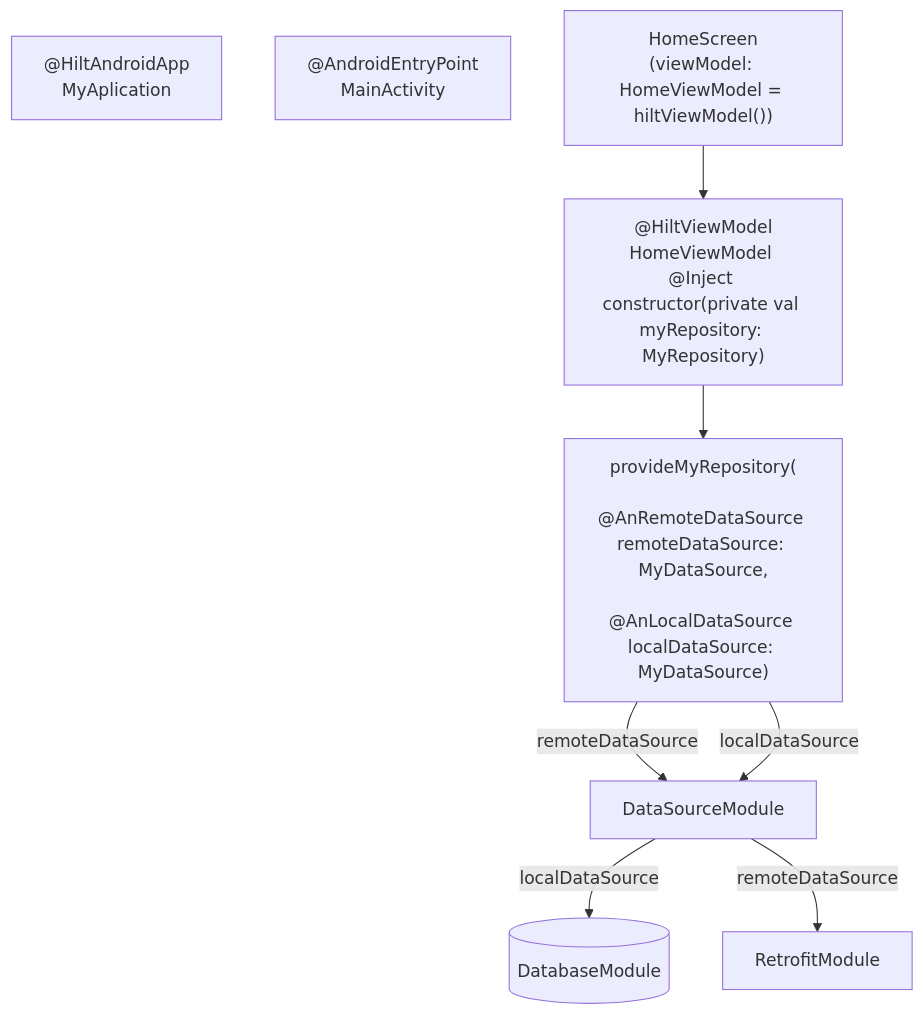
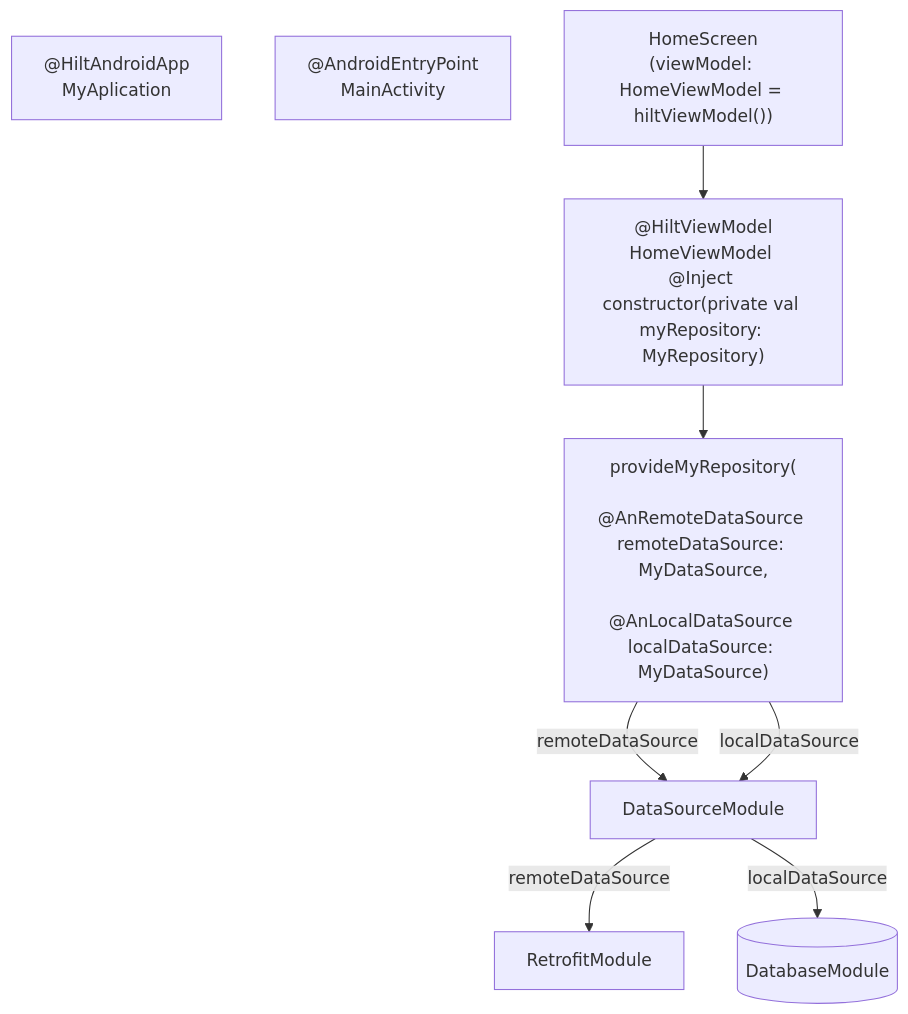
Before and after one commit to Ango1eiro/MySnippets: the diagram in Android/DI/Hilt/HiltComposeExample.md, drawn with Mermaid.

````diff
--- a/Android/DI/Hilt/HiltComposeExample.md
+++ b/Android/DI/Hilt/HiltComposeExample.md
@@ -3,16 +3,17 @@
 ```mermaid
 
 
 
 graph TD;
     MyApplication["@HiltAndroidApp<br>MyAplication"];
     MainActivity["@AndroidEntryPoint<br>MainActivity"];
     HomeScreen["HomeScreen<br>(viewModel: HomeViewModel = hiltViewModel())"]-->HomeViewModel;
     HomeViewModel["@HiltViewModel<br>HomeViewModel @Inject constructor(private val myRepository: MyRepository)"]-->RepositoryModule;
     RepositoryModule["provideMyRepository(
     @AnRemoteDataSource remoteDataSource: MyDataSource,
     <br>@AnLocalDataSource localDataSource: MyDataSource)"]--remoteDataSource-->DataSourceModule;
     RepositoryModule--localDataSource-->DataSourceModule;
+    DataSourceModule--remoteDataSource-->RetrofitModule;
     DataSourceModule--localDataSource-->DatabaseModule[(DatabaseModule)];
-    DataSourceModule--remoteDataSource-->RetrofitModule;
+
 ```
````
